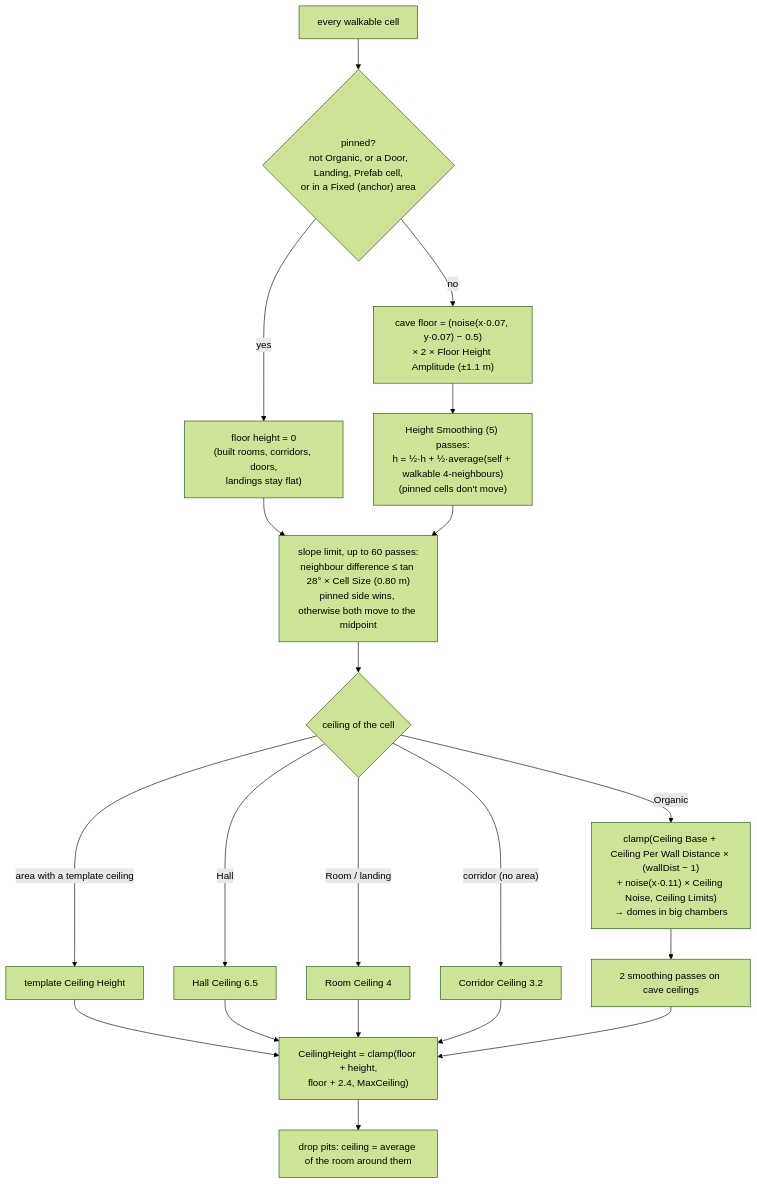
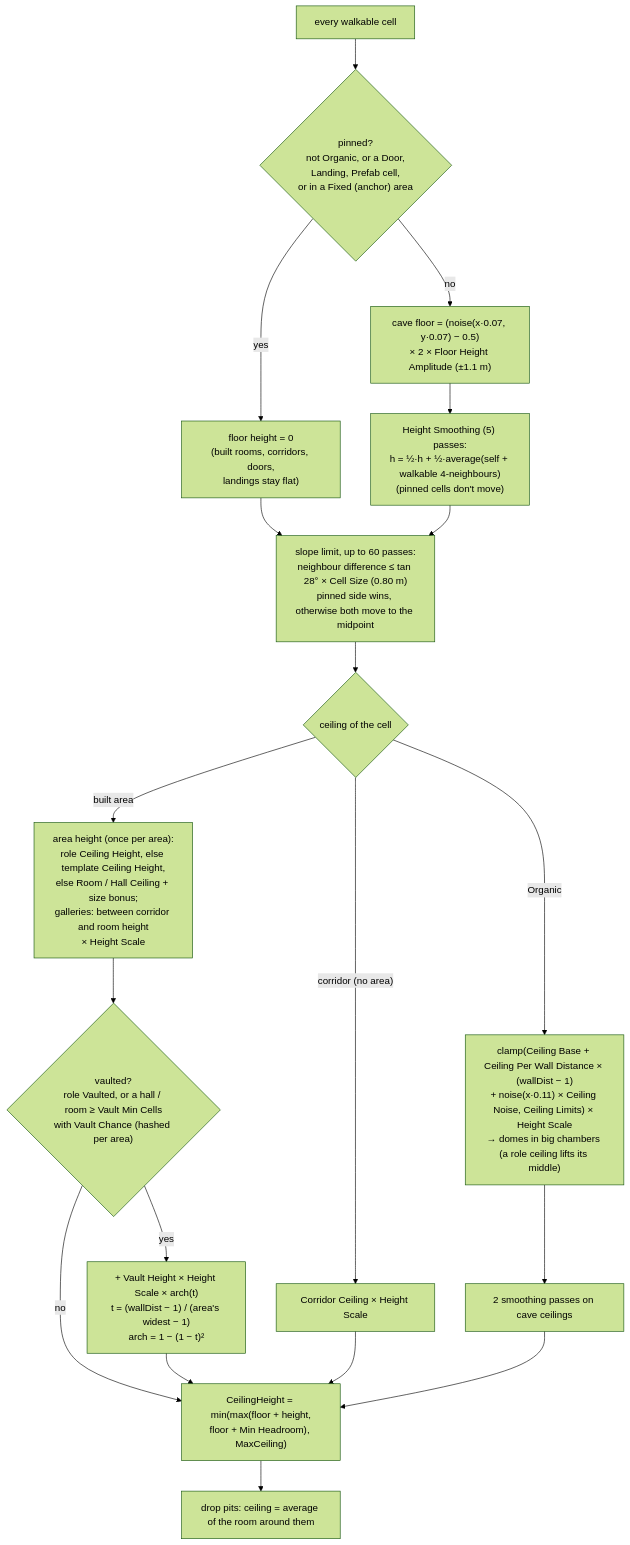
Before and after one commit to Kaynan-Jamelaumn/SimpleMovementsUnityPackage: the second of 4 diagrams in Documentation/Dungeon/07-Carve-Validate-Analysis.md, drawn with Mermaid (forest theme). The commit also changed other lines of this file and 161 other files, not shown here.

````diff
--- a/Documentation/Dungeon/07-Carve-Validate-Analysis.md
+++ b/Documentation/Dungeon/07-Carve-Validate-Analysis.md
@@ -31,22 +36,21 @@
 ```mermaid
 flowchart TD
     A["every walkable cell"] --> B{"pinned?<br/>not Organic, or a Door,<br/>Landing, Prefab cell,<br/>or in a Fixed (anchor) area"}
     B -- yes --> P["floor height = 0<br/>(built rooms, corridors, doors,<br/>landings stay flat)"]
     B -- no --> N["cave floor = (noise(x·0.07, y·0.07) − 0.5)<br/>× 2 × Floor Height Amplitude (±1.1 m)"]
     N --> S["Height Smoothing (5) passes:<br/>h = ½·h + ½·average(self + walkable 4-neighbours)<br/>(pinned cells don't move)"]
     P --> L
     S --> L["slope limit, up to 60 passes:<br/>neighbour difference ≤ tan 28° × Cell Size (0.80 m)<br/>pinned side wins, otherwise both move to the midpoint"]
     L --> C{"ceiling of the cell"}
-    C -- Organic --> CV["clamp(Ceiling Base + Ceiling Per Wall Distance × (wallDist − 1)<br/>+ noise(x·0.11) × Ceiling Noise, Ceiling Limits)<br/>→ domes in big chambers"]
-    C -- "area with a template ceiling" --> CT["template Ceiling Height"]
-    C -- Hall --> CH["Hall Ceiling 6.5"]
-    C -- "Room / landing" --> CR["Room Ceiling 4"]
-    C -- "corridor (no area)" --> CC["Corridor Ceiling 3.2"]
+    C -- Organic --> CV["clamp(Ceiling Base + Ceiling Per Wall Distance × (wallDist − 1)<br/>+ noise(x·0.11) × Ceiling Noise, Ceiling Limits) × Height Scale<br/>→ domes in big chambers (a role ceiling lifts its middle)"]
+    C -- "built area" --> AR["area height (once per area):<br/>role Ceiling Height, else template Ceiling Height,<br/>else Room / Hall Ceiling + size bonus;<br/>galleries: between corridor and room height<br/>× Height Scale"]
+    AR --> V{"vaulted?<br/>role Vaulted, or a hall / room ≥ Vault Min Cells<br/>with Vault Chance (hashed per area)"}
+    V -- yes --> VA["+ Vault Height × Height Scale × arch(t)<br/>t = (wallDist − 1) / (area's widest − 1)<br/>arch = 1 − (1 − t)²"]
+    V -- no --> F
+    VA --> F
+    C -- "corridor (no area)" --> CC["Corridor Ceiling × Height Scale"]
     CV --> SM["2 smoothing passes on cave ceilings"]
-    CT --> F
-    CH --> F
-    CR --> F
     CC --> F
-    SM --> F["CeilingHeight = clamp(floor + height,<br/>floor + 2.4, MaxCeiling)"]
+    SM --> F["CeilingHeight = min(max(floor + height,<br/>floor + Min Headroom), MaxCeiling)"]
     F --> PT["drop pits: ceiling = average of the room around them"]
 ```
````
